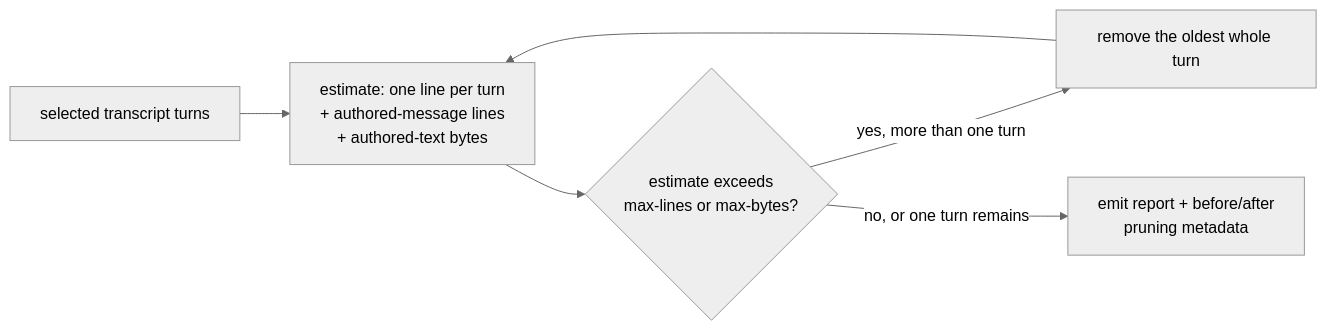
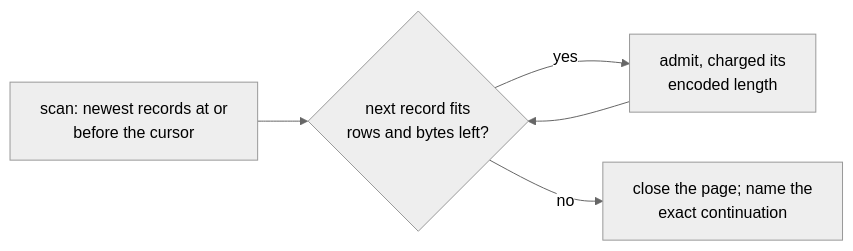
The third of 10 diagrams in docs/product/planes/session.md (infimalabs/spice-rust), drawn with Mermaid (neutral theme) before and after one commit. The commit also changed other lines of this file and 35 other files, not shown here.

````diff
--- a/docs/product/planes/session.md
+++ b/docs/product/planes/session.md
@@ -206,8 +174,6 @@
 ```mermaid
 flowchart LR
-  S["selected transcript turns"] --> E["estimate: one line per turn<br/>+ authored-message lines<br/>+ authored-text bytes"]
-  E --> C{"estimate exceeds<br/>max-lines or max-bytes?"}
-  C -- "yes, more than one turn" --> P["remove the oldest whole turn"]
-  P --> E
-  C -- "no, or one turn remains" --> O["emit report + before/after<br/>pruning metadata"]
+  S["scan: newest records at or<br/>before the cursor"] --> A{"next record fits<br/>rows and bytes left?"}
+  A -- yes --> K["admit, charged its<br/>encoded length"] --> A
+  A -- no --> O["close the page; name the<br/>exact continuation"]
 ```
````
